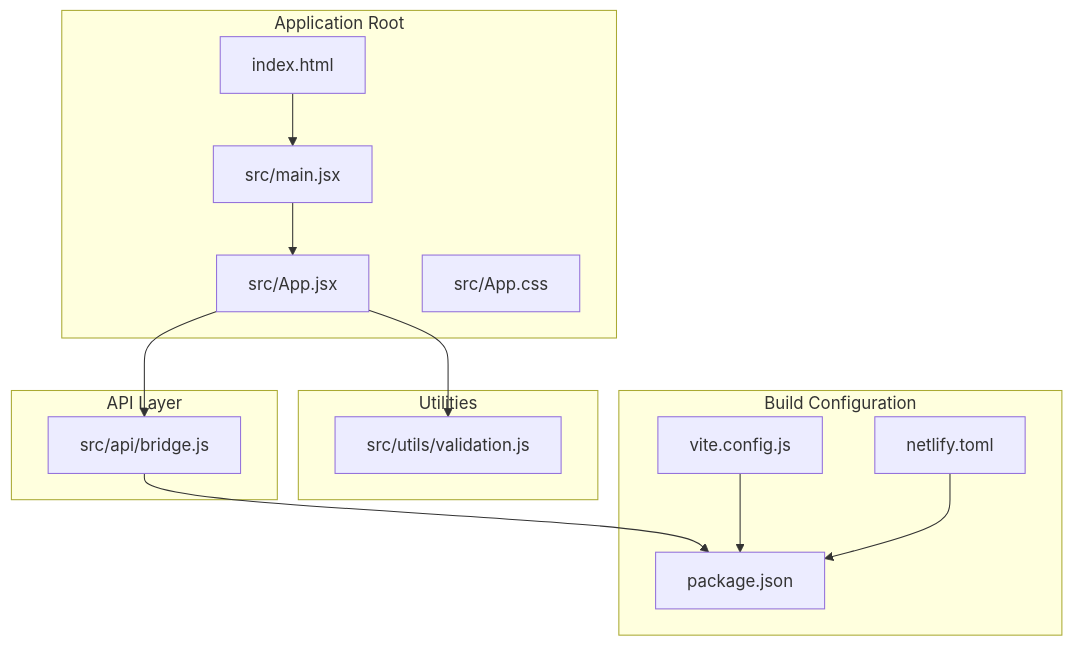
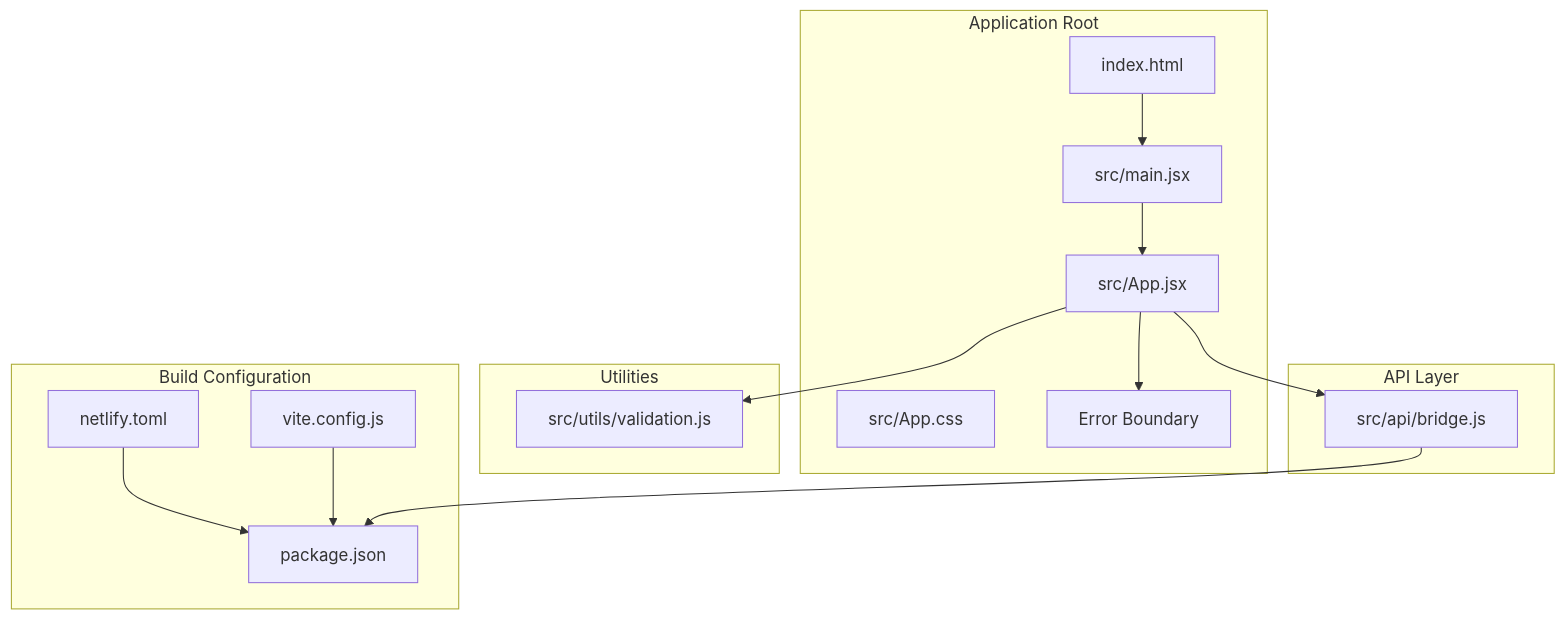
The first of 5 diagrams in .qoder/repowiki/en/content/Project Overview.md (KaranMakani/deposit-fixer), drawn with Mermaid before and after one commit. The commit also changed other lines of this file and 10 other files, not shown here.

````diff
--- a/.qoder/repowiki/en/content/Project Overview.md
+++ b/.qoder/repowiki/en/content/Project Overview.md
@@ -36,27 +50,29 @@
 ```mermaid
 graph TB
 subgraph "Application Root"
 HTML[index.html]
 MAIN[src/main.jsx]
 APP[src/App.jsx]
 CSS[src/App.css]
+ERROR[Error Boundary]
 end
 subgraph "API Layer"
 BRIDGE[src/api/bridge.js]
 end
 subgraph "Utilities"
 VALIDATION[src/utils/validation.js]
 end
 subgraph "Build Configuration"
 PKG[package.json]
 VITE[vite.config.js]
 NETLIFY[netlify.toml]
 end
 HTML --> MAIN
 MAIN --> APP
+APP --> ERROR
 APP --> BRIDGE
 APP --> VALIDATION
 BRIDGE --> PKG
 VITE --> PKG
 NETLIFY --> PKG
 ```
````
